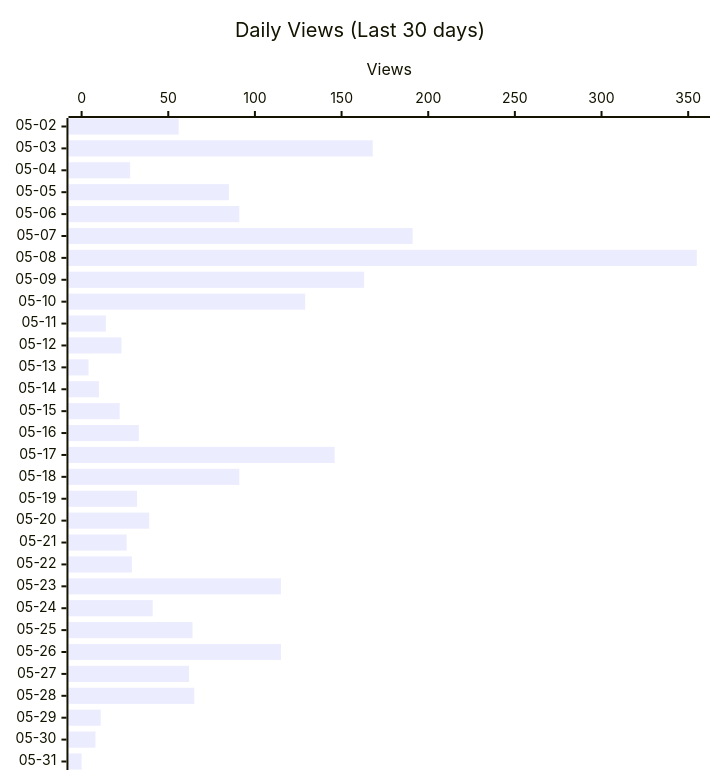
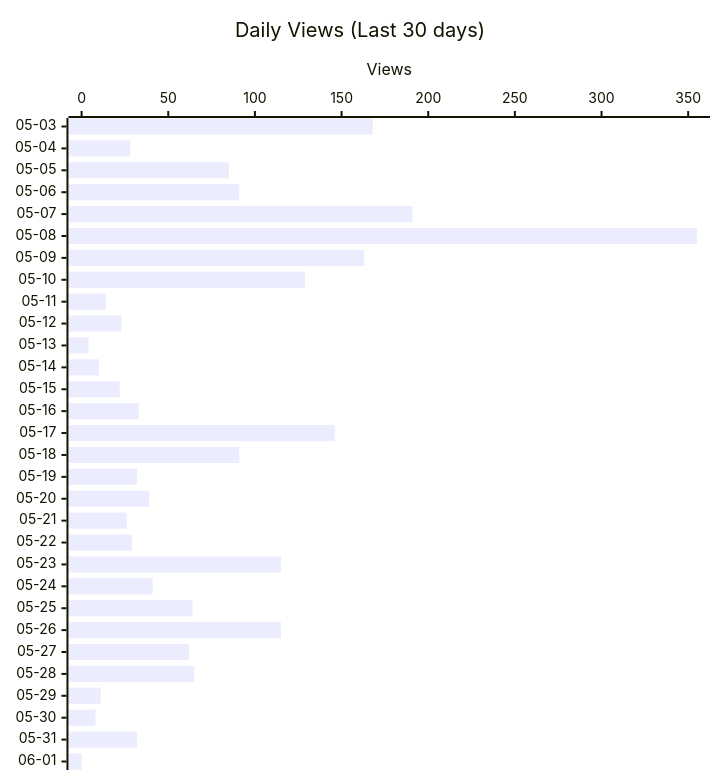
Before and after one commit to shigechika/github-insights: the second of 3 diagrams in README.md, drawn with Mermaid. The commit also changed other lines of this file and 2 other files, not shown here.

````diff
--- a/README.md
+++ b/README.md
@@ -28,12 +28,12 @@
 ```mermaid
 ---
 config:
   xyChart:
     height: 760
 ---
 xychart-beta horizontal
     title "Daily Views (Last 30 days)"
-    x-axis ["05-02", "05-03", "05-04", "05-05", "05-06", "05-07", "05-08", "05-09", "05-10", "05-11", "05-12", "05-13", "05-14", "05-15", "05-16", "05-17", "05-18", "05-19", "05-20", "05-21", "05-22", "05-23", "05-24", "05-25", "05-26", "05-27", "05-28", "05-29", "05-30", "05-31"]
+    x-axis ["05-03", "05-04", "05-05", "05-06", "05-07", "05-08", "05-09", "05-10", "05-11", "05-12", "05-13", "05-14", "05-15", "05-16", "05-17", "05-18", "05-19", "05-20", "05-21", "05-22", "05-23", "05-24", "05-25", "05-26", "05-27", "05-28", "05-29", "05-30", "05-31", "06-01"]
     y-axis "Views"
-    bar [56, 168, 28, 85, 91, 191, 355, 163, 129, 14, 23, 4, 10, 22, 33, 146, 91, 32, 39, 26, 29, 115, 41, 64, 115, 62, 65, 11, 8, 0]
+    bar [168, 28, 85, 91, 191, 355, 163, 129, 14, 23, 4, 10, 22, 33, 146, 91, 32, 39, 26, 29, 115, 41, 64, 115, 62, 65, 11, 8, 32, 0]
 ```
````
